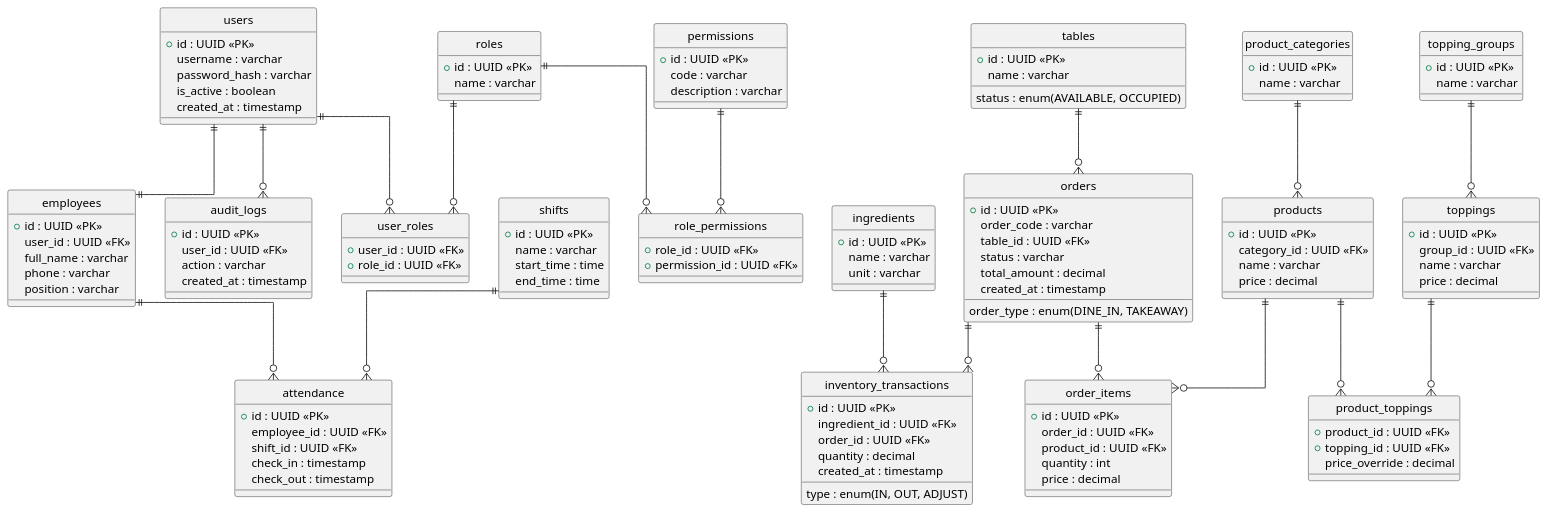
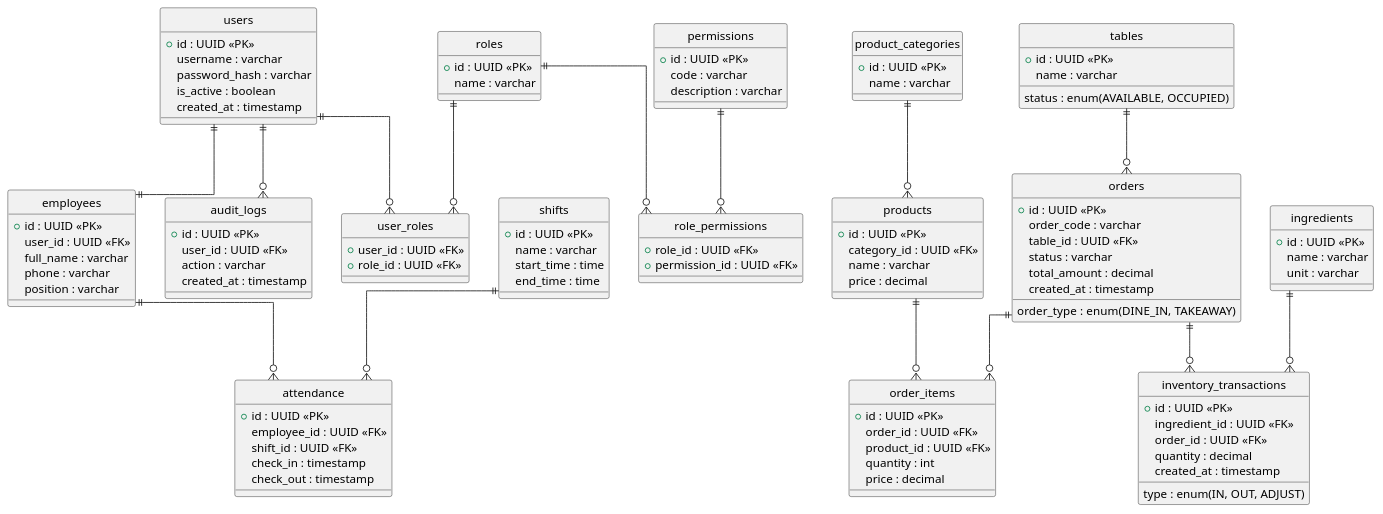
One commit to HHuongDuong/AutoManager changed the diagram in docs/ERD - AutoManager.md. Above: the diagram before and after it, drawn with PlantUML. The commit also changed other lines of this file and 74 other files, not shown here.

```diff
--- a/docs/ERD - AutoManager.md
+++ b/docs/ERD - AutoManager.md
@@ -108,7 +108,7 @@
 
 orders ||--o{ order_items
 
-' PRODUCT & TOPPING
+' PRODUCT
 entity product_categories {
   +id : UUID <<PK>>
   name : varchar
@@ -123,28 +123,6 @@
 
 product_categories ||--o{ products
 products ||--o{ order_items
-
-entity topping_groups {
-  +id : UUID <<PK>>
-  name : varchar
-}
-
-entity toppings {
-  +id : UUID <<PK>>
-  group_id : UUID <<FK>>
-  name : varchar
-  price : decimal
-}
-
-entity product_toppings {
-  +product_id : UUID <<FK>>
-  +topping_id : UUID <<FK>>
-  price_override : decimal
-}
-
-topping_groups ||--o{ toppings
-products ||--o{ product_toppings
-toppings ||--o{ product_toppings
 
 ' INVENTORY
 entity ingredients {
```
